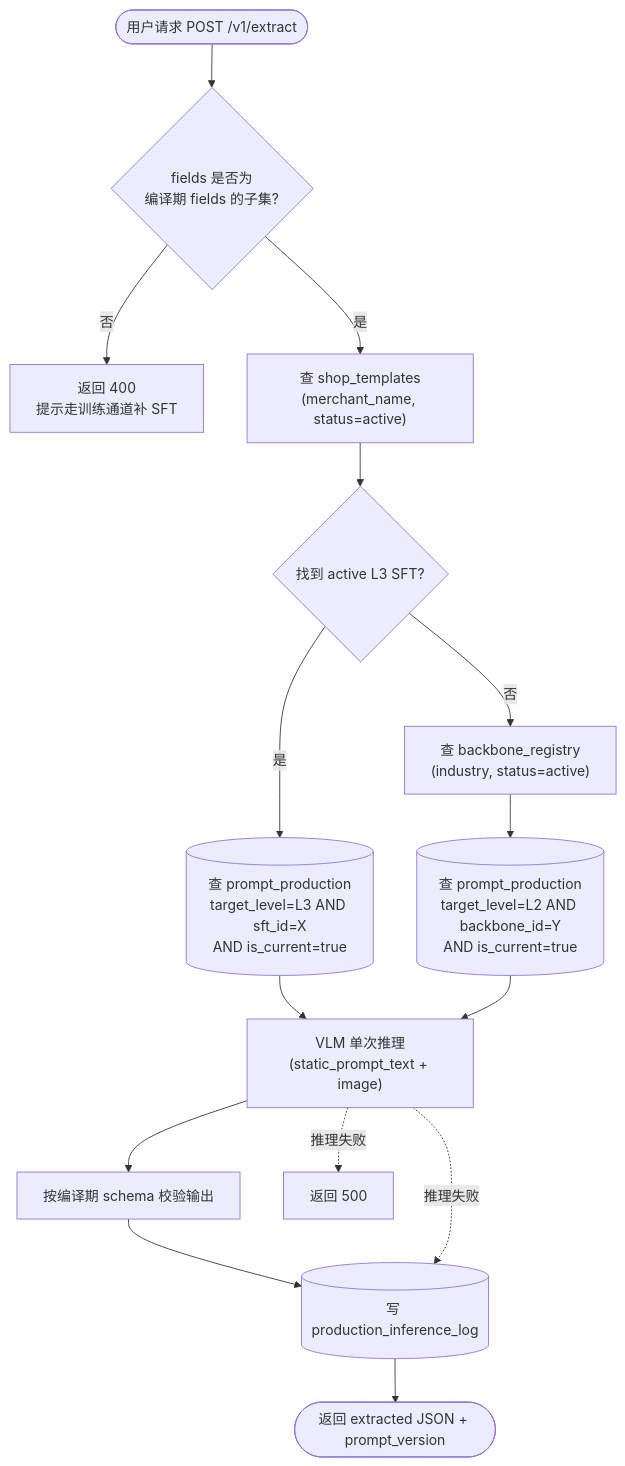
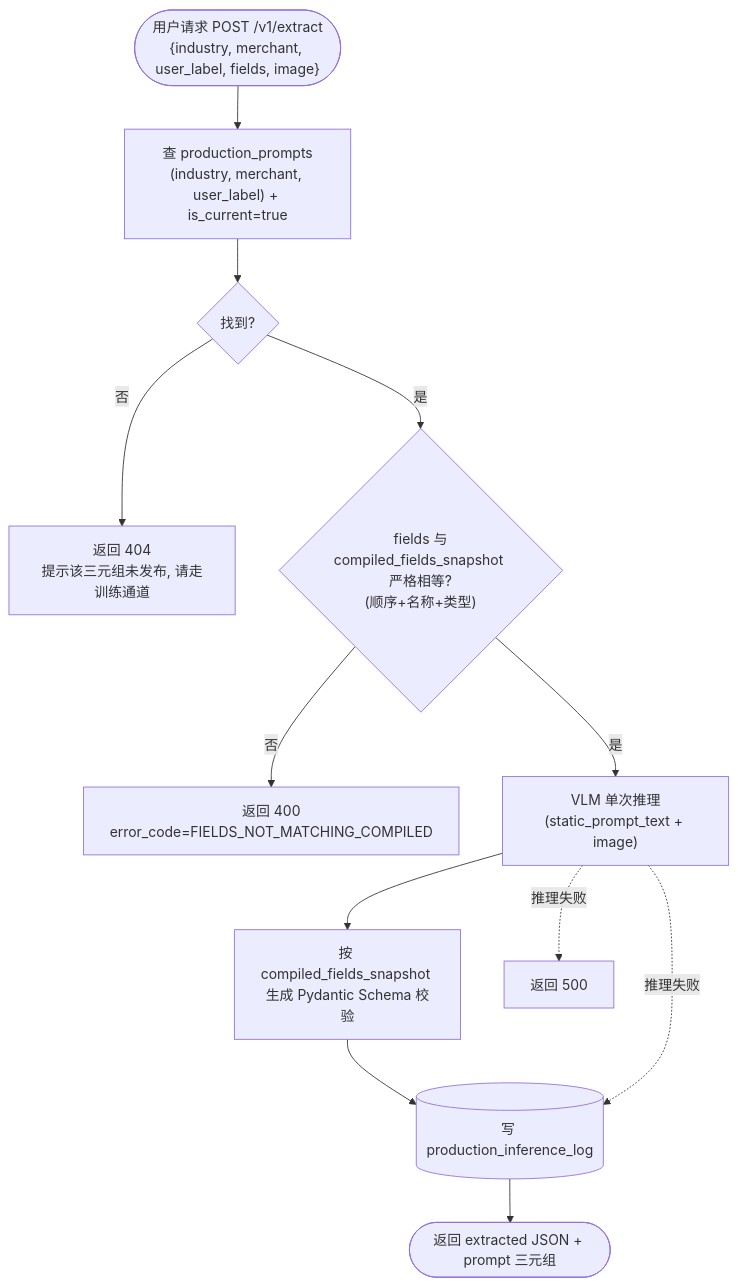
Before and after one commit to YunChen1227/auto_prompt_optimzer: the third of 9 diagrams in designs/DESIGN.md, drawn with Mermaid. The commit also changed other lines of this file, not shown here.

````diff
--- a/designs/DESIGN.md
+++ b/designs/DESIGN.md
@@ -216,19 +239,15 @@
 ```mermaid
 flowchart TD
-    UserReq(["用户请求 POST /v1/extract"]) --> ValidateFields{"fields 是否为<br/>编译期 fields 的子集?"}
-    ValidateFields -- 否 --> Reject400["返回 400<br/>提示走训练通道补 SFT"]
-    ValidateFields -- 是 --> LookupSft["查 shop_templates<br/>(merchant_name, status=active)"]
-    LookupSft --> HasSft{"找到 active L3 SFT?"}
-    HasSft -- 是 --> ReadL3[("查 prompt_production<br/>target_level=L3 AND sft_id=X<br/>AND is_current=true")]
-    HasSft -- 否 --> LookupBackbone["查 backbone_registry<br/>(industry, status=active)"]
-    LookupBackbone --> ReadL2[("查 prompt_production<br/>target_level=L2 AND backbone_id=Y<br/>AND is_current=true")]
-    
-    ReadL3 --> CallVLM["VLM 单次推理<br/>(static_prompt_text + image)"]
-    ReadL2 --> CallVLM
-    CallVLM --> ParseSchema["按编译期 schema 校验输出"]
+    UserReq(["用户请求 POST /v1/extract<br/>{industry, merchant, user_label, fields, image}"]) --> LookupProd["查 production_prompts<br/>(industry, merchant, user_label) + is_current=true"]
+    LookupProd --> Found{"找到?"}
+    Found -- 否 --> Reject404["返回 404<br/>提示该三元组未发布, 请走训练通道"]
+    Found -- 是 --> ValidateFields{"fields 与<br/>compiled_fields_snapshot 严格相等?<br/>(顺序+名称+类型)"}
+    ValidateFields -- 否 --> Reject400["返回 400<br/>error_code=FIELDS_NOT_MATCHING_COMPILED"]
+    ValidateFields -- 是 --> CallVLM["VLM 单次推理<br/>(static_prompt_text + image)"]
+    CallVLM --> ParseSchema["按 compiled_fields_snapshot 生成 Pydantic Schema 校验"]
     ParseSchema --> WriteLog[("写 production_inference_log")]
-    WriteLog --> RespOK(["返回 extracted JSON + prompt_version"])
+    WriteLog --> RespOK(["返回 extracted JSON + prompt 三元组"])
     
     CallVLM -. "推理失败" .-> WriteLog
     CallVLM -. "推理失败" .-> Resp500["返回 500"]
 ```
````
